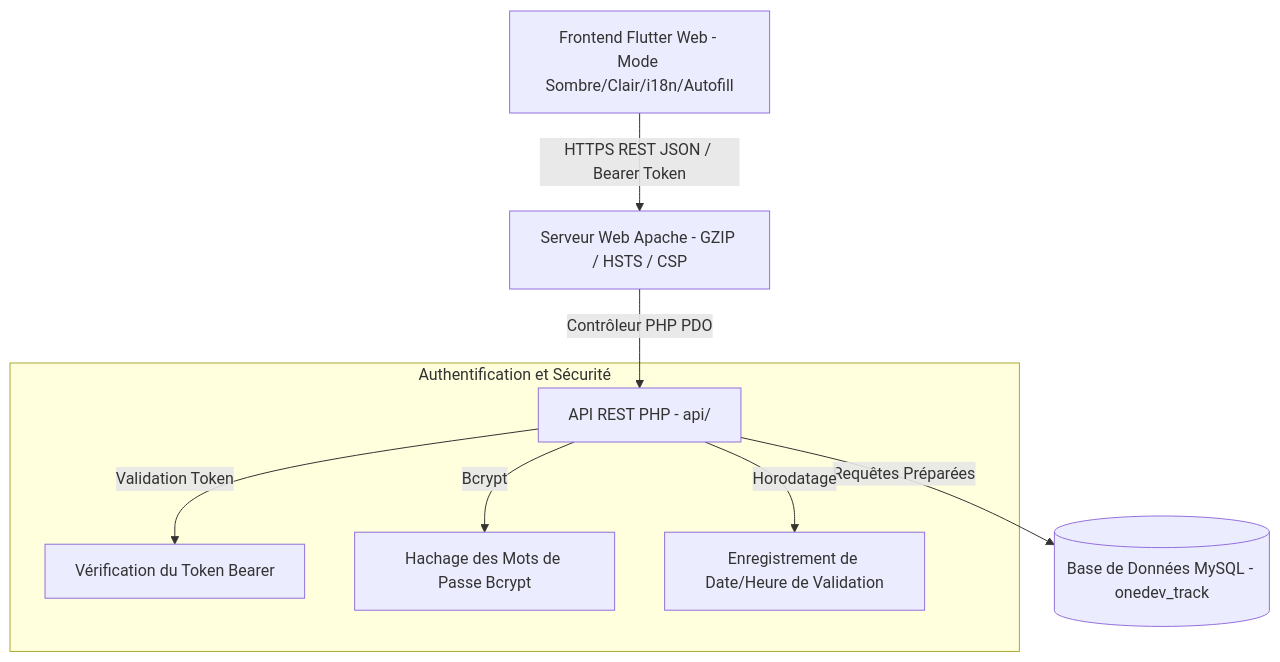
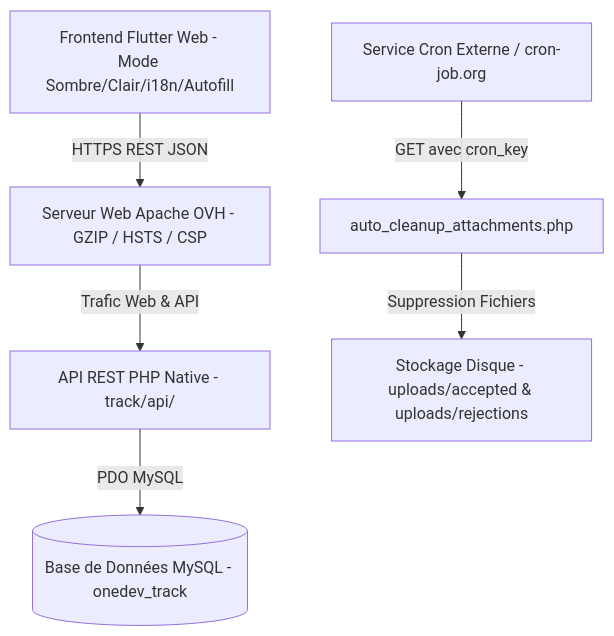
Before and after one commit to onedevit/onedev_track: the diagram in README.md, drawn with Mermaid. The commit also changed other lines of this file and 1 other file, not shown here.

````diff
--- a/README.md
+++ b/README.md
@@ -58,12 +50,9 @@
 ```mermaid
 graph TD
-    ClientApp[Frontend Flutter Web - Mode Sombre/Clair/i18n/Autofill] -->|HTTPS REST JSON / Bearer Token| ApacheServer[Serveur Web Apache - GZIP / HSTS / CSP]
-    ApacheServer -->|Contrôleur PHP PDO| BackendAPI[API REST PHP - api/]
-    BackendAPI -->|Requêtes Préparées| Database[(Base de Données MySQL - onedev_track)]
+    ClientApp[Frontend Flutter Web - Mode Sombre/Clair/i18n/Autofill] -->|HTTPS REST JSON| ApacheServer[Serveur Web Apache OVH - GZIP / HSTS / CSP]
+    ApacheServer -->|Trafic Web & API| BackendAPI[API REST PHP Native - track/api/]
+    BackendAPI -->|PDO MySQL| Database[(Base de Données MySQL - onedev_track)]
     
-    subgraph Authentification et Sécurité
-        BackendAPI -->|Validation Token| BearerToken[Vérification du Token Bearer]
-        BackendAPI -->|Bcrypt| PasswordHasher[Hachage des Mots de Passe Bcrypt]
-        BackendAPI -->|Horodatage| ApprovalTracker[Enregistrement de Date/Heure de Validation]
-      end
+    CronJob[Service Cron Externe / cron-job.org] -->|GET avec cron_key| AutoCleanup[auto_cleanup_attachments.php]
+    AutoCleanup -->|Suppression Fichiers| DiskStorage[Stockage Disque - uploads/accepted & uploads/rejections]
 ```
````
